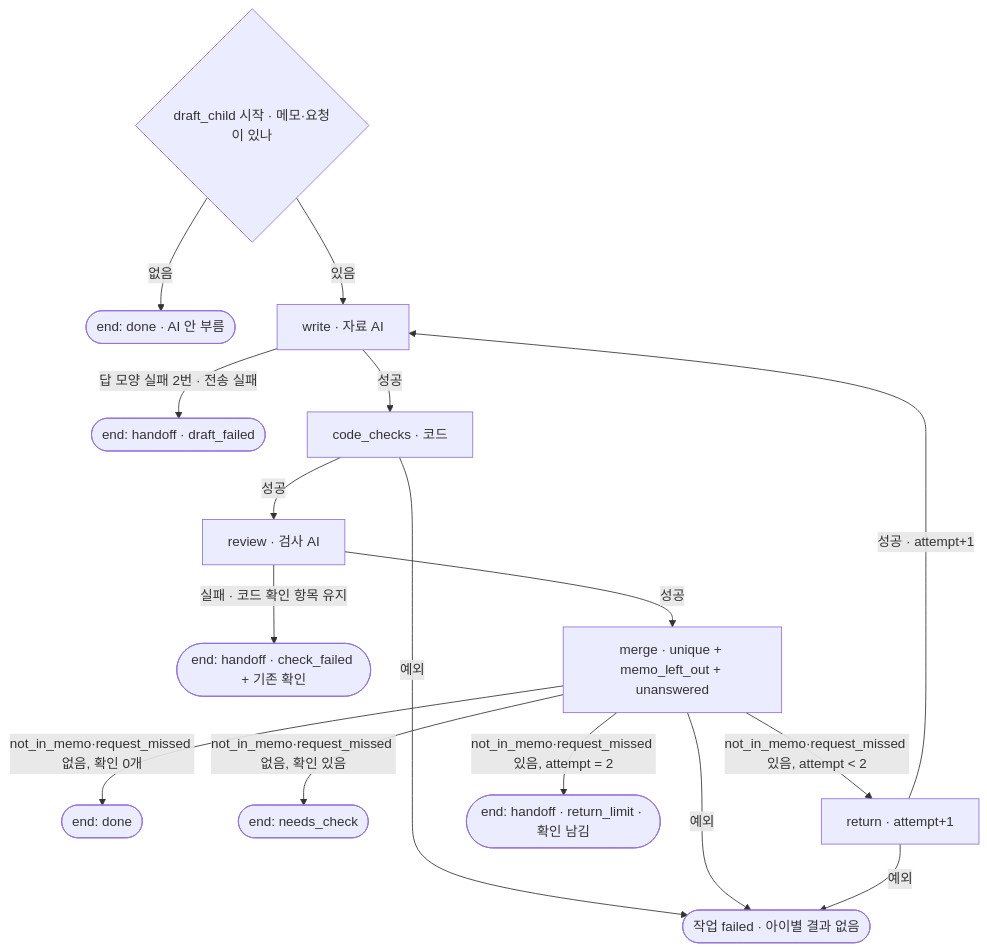
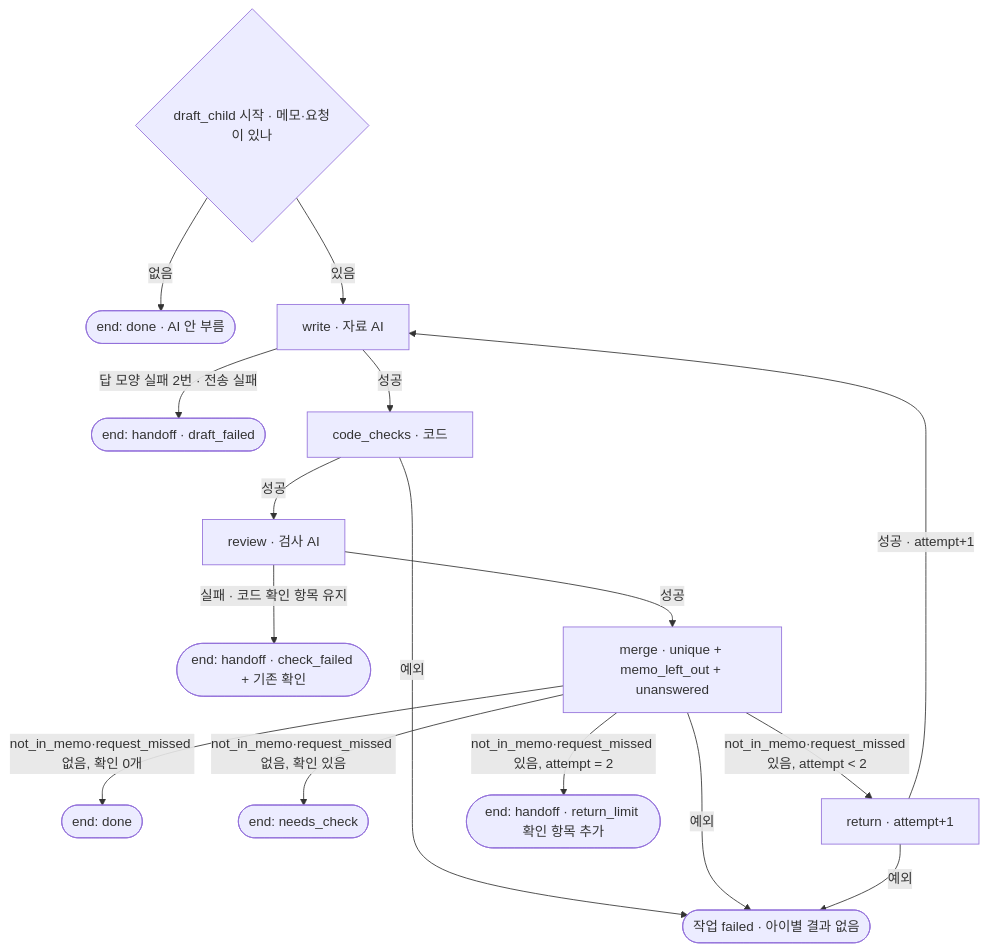
One commit to aio-final-2team/FinalProject_2Team changed the second of 3 diagrams in Docs/Step3/T25_단일에이전트_상태전이_설계서.md. Above: the diagram before and after it, drawn with Mermaid. The commit also changed other lines of this file and 2 other files, not shown here.

````diff
--- a/Docs/Step3/T25_단일에이전트_상태전이_설계서.md
+++ b/Docs/Step3/T25_단일에이전트_상태전이_설계서.md
@@ -60,19 +60,19 @@
 ```mermaid
 flowchart TD
     S{draft_child 시작 · 메모·요청이 있나}
     S -->|없음| E1([end: done · AI 안 부름])
     S -->|있음| W[write · 자료 AI]
     W -->|답 모양 실패 2번 · 전송 실패| E3([end: handoff · draft_failed])
     W -->|성공| C[code_checks · 코드]
     C -->|성공| R[review · 검사 AI]
     C -->|예외| F([작업 failed · 아이별 결과 없음])
     R -->|실패 · 코드 확인 항목 유지| E4([end: handoff · check_failed + 기존 확인])
     R -->|성공| M[merge · unique + memo_left_out + unanswered]
     M -->|not_in_memo·request_missed 없음, 확인 0개| E1b([end: done])
     M -->|not_in_memo·request_missed 없음, 확인 있음| E2([end: needs_check])
     M -->|not_in_memo·request_missed 있음, attempt < 2| RT[return · attempt+1]
     RT -->|성공 · attempt+1| W
-    M -->|not_in_memo·request_missed 있음, attempt = 2| E5([end: handoff · return_limit · 확인 남김])
+    M -->|not_in_memo·request_missed 있음, attempt = 2| E5([end: handoff · return_limit 확인 항목 추가])
     M -->|예외| F
     RT -->|예외| F
 ```
````
